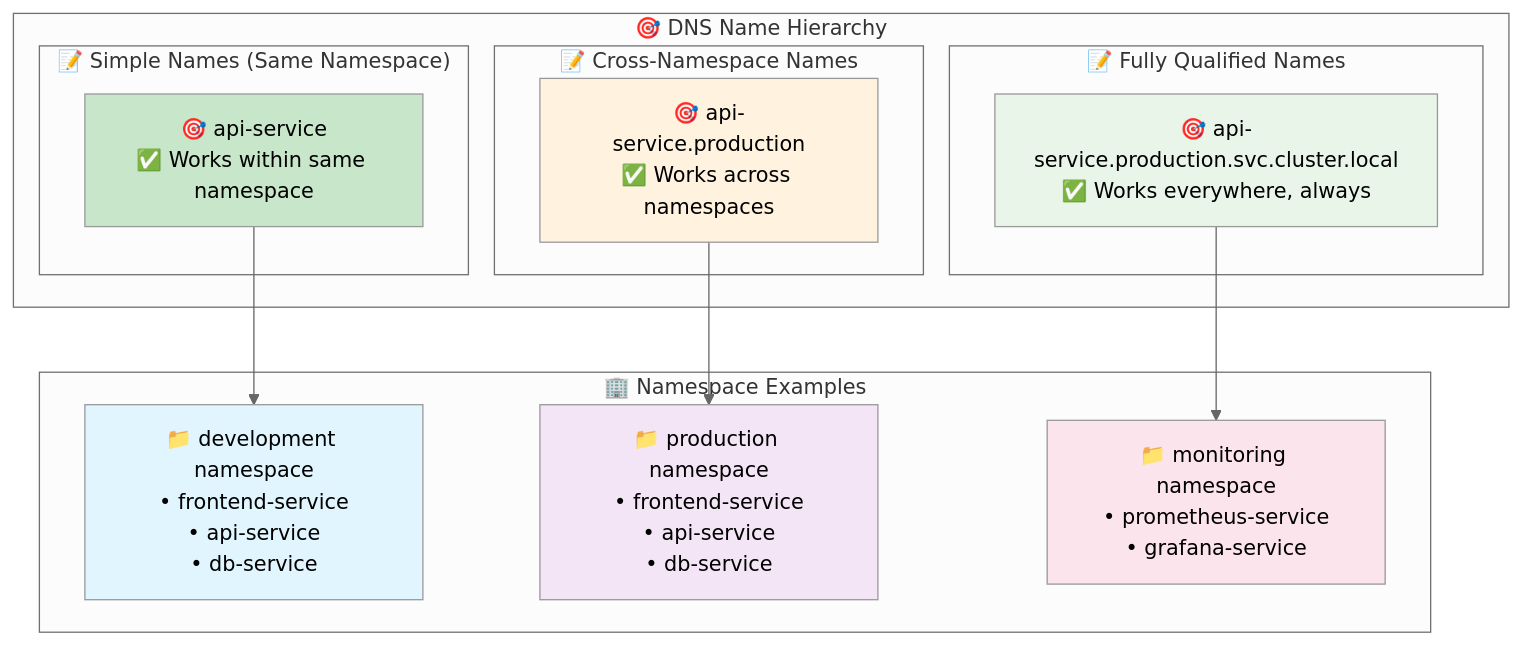
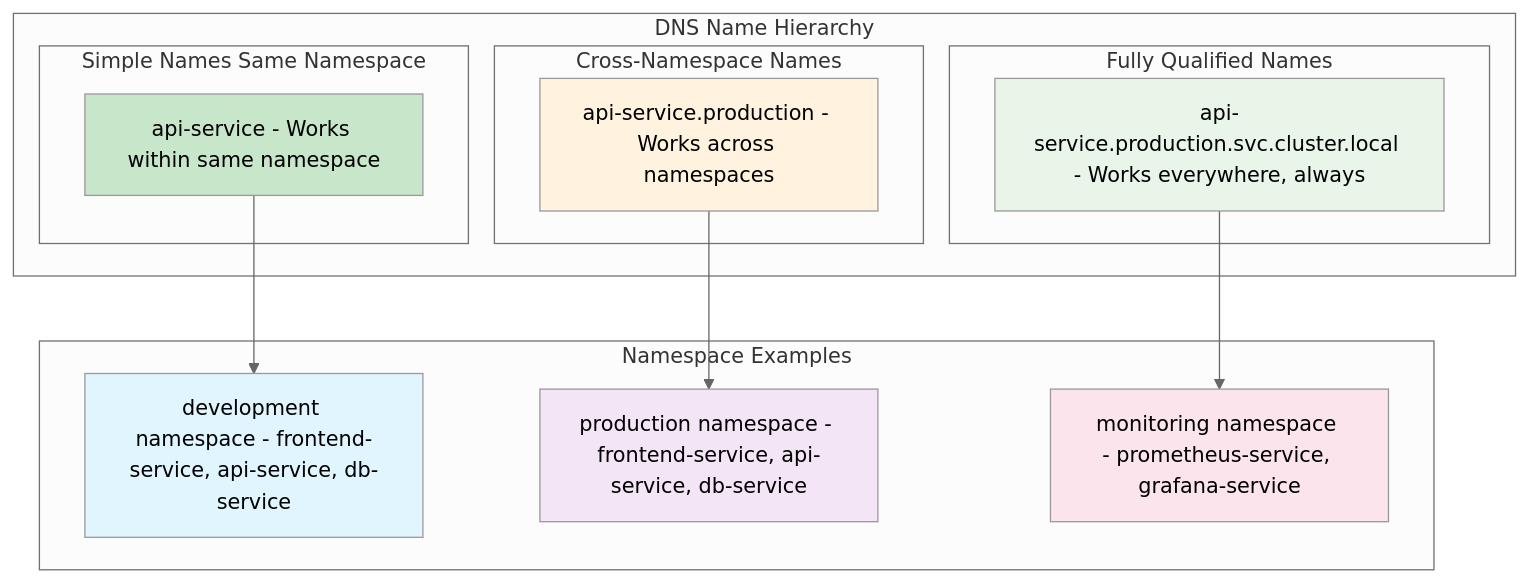
Diagram 22 of 26 in Section-2-DevOps/Session-7_Kubernetes/04-services-networking/README.md (manikcloud/cloud-devops-learning-path), drawn with Mermaid (neutral theme) before and after one commit. The commit also changed other lines of this file, not shown here.

First line of the commit message:
Fix remaining mermaid diagram syntax errors - Part 2

````diff
--- a/Section-2-DevOps/Session-7_Kubernetes/04-services-networking/README.md
+++ b/Section-2-DevOps/Session-7_Kubernetes/04-services-networking/README.md
@@ -1090,35 +1090,35 @@
 ```mermaid
 graph TB
-    subgraph "🎯 DNS Name Hierarchy"
-        subgraph "📝 Simple Names (Same Namespace)"
-            SIMPLE[🎯 api-service<br/>✅ Works within same namespace]
+    subgraph "DNS Name Hierarchy"
+        subgraph "Simple Names Same Namespace"
+            SIMPLE[api-service - Works within same namespace]
         end
         
-        subgraph "📝 Cross-Namespace Names"
-            CROSS[🎯 api-service.production<br/>✅ Works across namespaces]
+        subgraph "Cross-Namespace Names"
+            CROSS[api-service.production - Works across namespaces]
         end
         
-        subgraph "📝 Fully Qualified Names"
-            FULL[🎯 api-service.production.svc.cluster.local<br/>✅ Works everywhere, always]
+        subgraph "Fully Qualified Names"
+            FULL[api-service.production.svc.cluster.local - Works everywhere, always]
         end
     end
     
-    subgraph "🏢 Namespace Examples"
-        DEV_NS[📁 development namespace<br/>• frontend-service<br/>• api-service<br/>• db-service]
+    subgraph "Namespace Examples"
+        DEV_NS[development namespace - frontend-service, api-service, db-service]
         
-        PROD_NS[📁 production namespace<br/>• frontend-service<br/>• api-service<br/>• db-service]
+        PROD_NS[production namespace - frontend-service, api-service, db-service]
         
-        MONITOR_NS[📁 monitoring namespace<br/>• prometheus-service<br/>• grafana-service]
+        MONITOR_NS[monitoring namespace - prometheus-service, grafana-service]
     end
     
     SIMPLE --> DEV_NS
     CROSS --> PROD_NS
     FULL --> MONITOR_NS
     
     style SIMPLE fill:#c8e6c9
     style CROSS fill:#fff3e0
     style FULL fill:#e8f5e8
     style DEV_NS fill:#e1f5fe
     style PROD_NS fill:#f3e5f5
     style MONITOR_NS fill:#fce4ec
 ```
````
